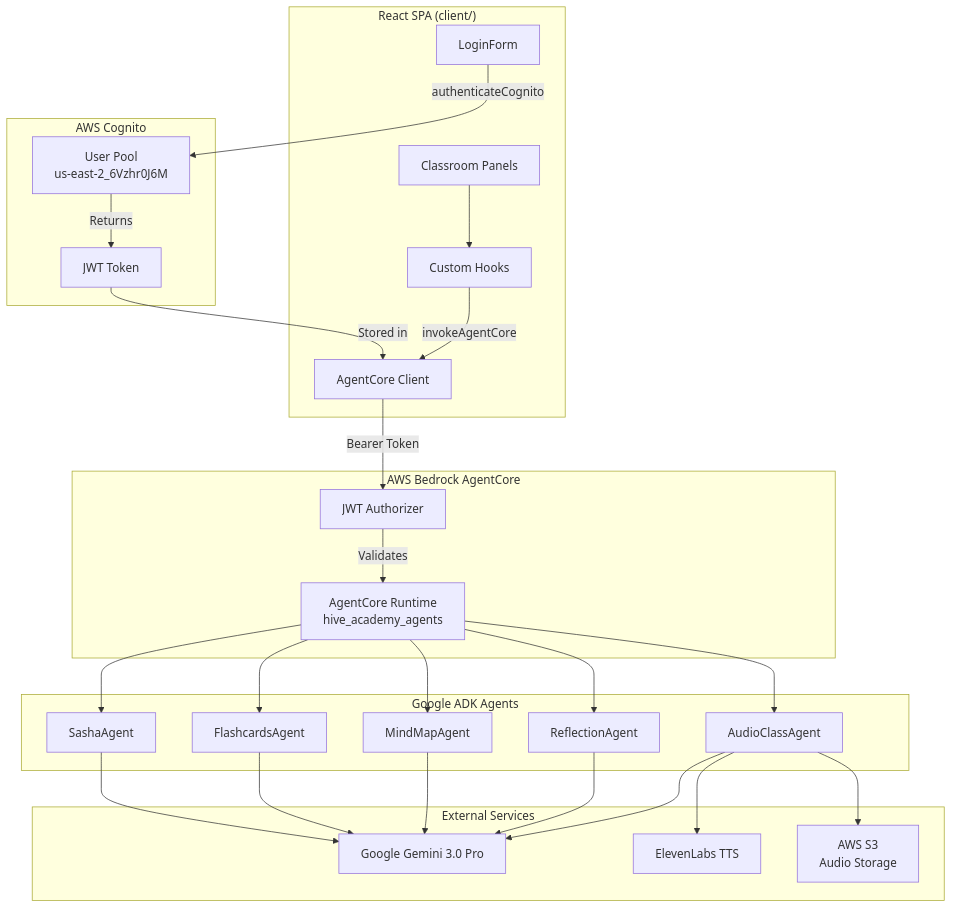
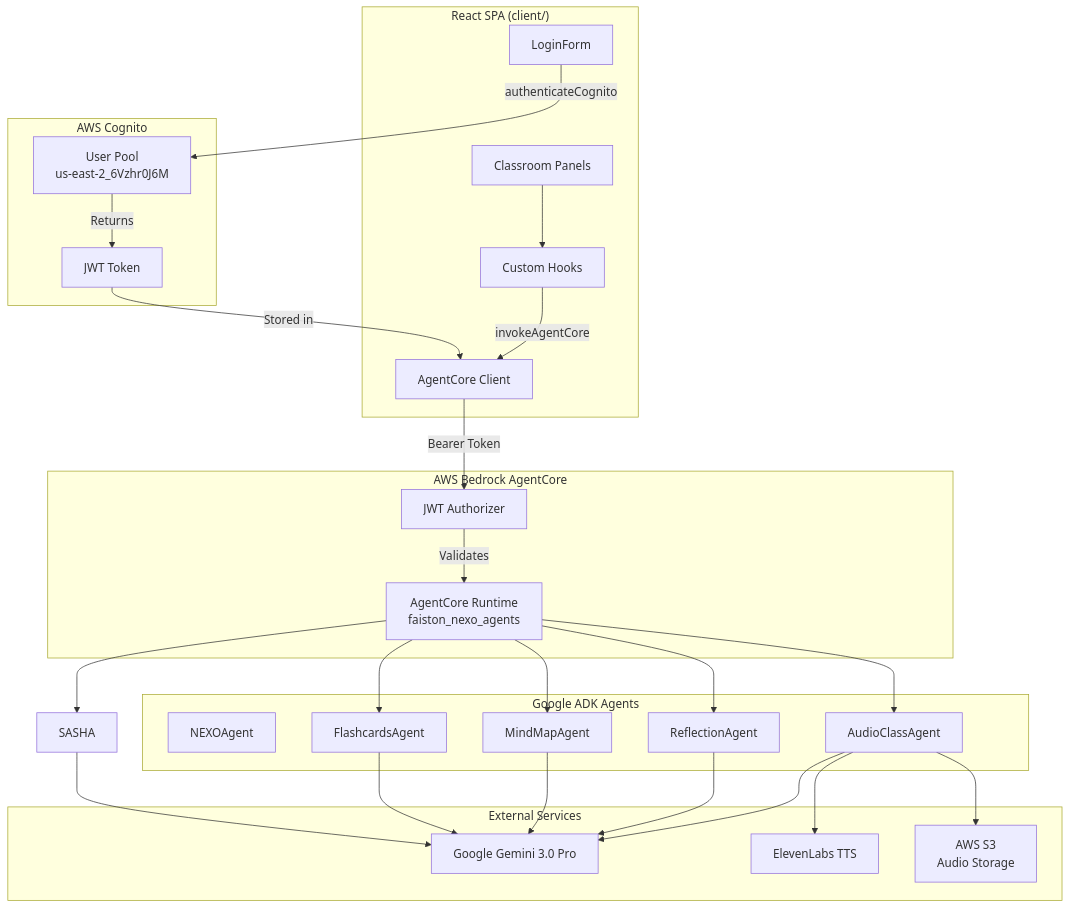
The first of 2 diagrams in .claude/skills/adk-agentcore-architect/IMPLEMENTATION_GUIDE.md (LPDigital-Agent/lpd-faiston-allinone), drawn with Mermaid before and after one commit. The commit also changed other lines of this file and 25 other files, not shown here.

````diff
--- a/.claude/skills/adk-agentcore-architect/IMPLEMENTATION_GUIDE.md
+++ b/.claude/skills/adk-agentcore-architect/IMPLEMENTATION_GUIDE.md
@@ -22,56 +22,56 @@
 ```mermaid
 flowchart TB
     subgraph Frontend ["React SPA (client/)"]
         LF[LoginForm]
         AC[AgentCore Client]
         HOOKS[Custom Hooks]
         PANELS[Classroom Panels]
     end
 
     subgraph Auth ["AWS Cognito"]
         POOL[User Pool<br/>us-east-2_6Vzhr0J6M]
         JWT[JWT Token]
     end
 
     subgraph AgentCore ["AWS Bedrock AgentCore"]
-        RUNTIME[AgentCore Runtime<br/>hive_academy_agents]
+        RUNTIME[AgentCore Runtime<br/>faiston_nexo_agents]
         AUTH_CFG[JWT Authorizer]
     end
 
     subgraph Agents ["Google ADK Agents"]
-        SASHA[SashaAgent]
+        NEXO[NEXOAgent]
         FLASH[FlashcardsAgent]
         MIND[MindMapAgent]
         REFLECT[ReflectionAgent]
         AUDIO[AudioClassAgent]
     end
 
     subgraph External ["External Services"]
         GEMINI[Google Gemini 3.0 Pro]
         ELEVEN[ElevenLabs TTS]
         S3[AWS S3<br/>Audio Storage]
     end
 
     LF -->|authenticateCognito| POOL
     POOL -->|Returns| JWT
     JWT -->|Stored in| AC
 
     PANELS --> HOOKS
     HOOKS -->|invokeAgentCore| AC
     AC -->|Bearer Token| AUTH_CFG
     AUTH_CFG -->|Validates| RUNTIME
 
     RUNTIME --> SASHA
     RUNTIME --> FLASH
     RUNTIME --> MIND
     RUNTIME --> REFLECT
     RUNTIME --> AUDIO
 
     SASHA --> GEMINI
     FLASH --> GEMINI
     MIND --> GEMINI
     REFLECT --> GEMINI
     AUDIO --> GEMINI
     AUDIO --> ELEVEN
     AUDIO --> S3
 ```
````
